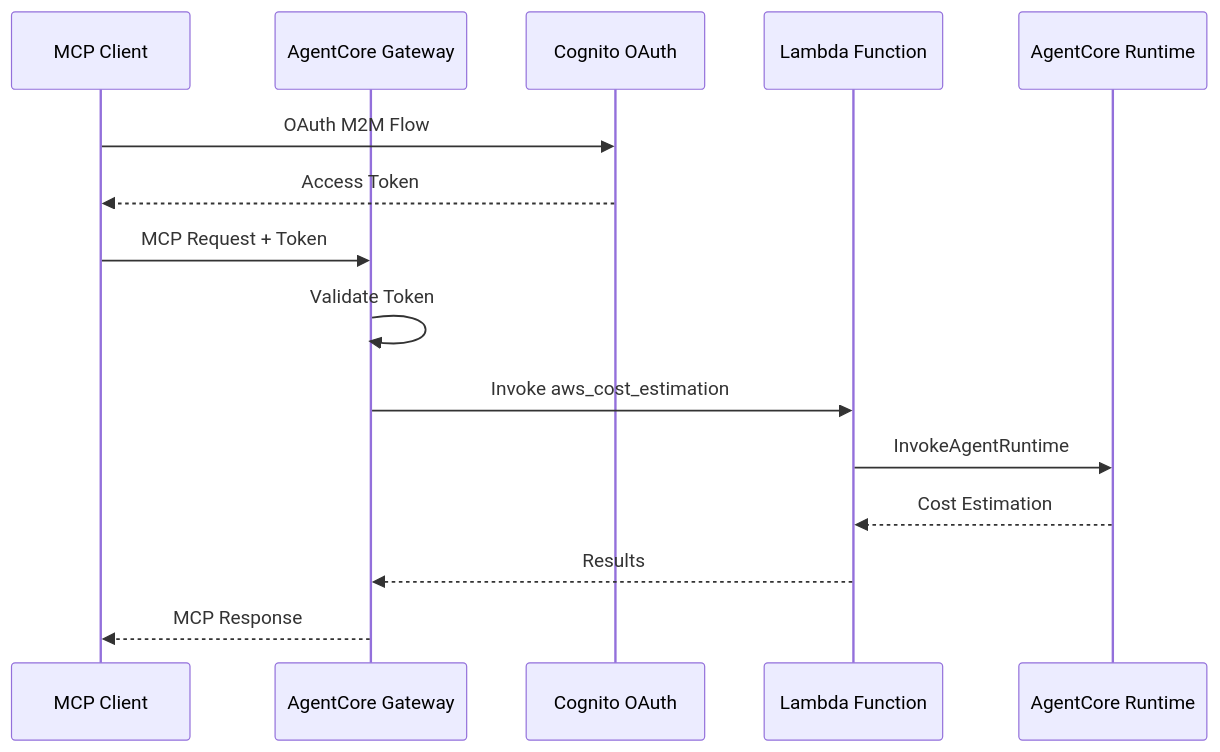
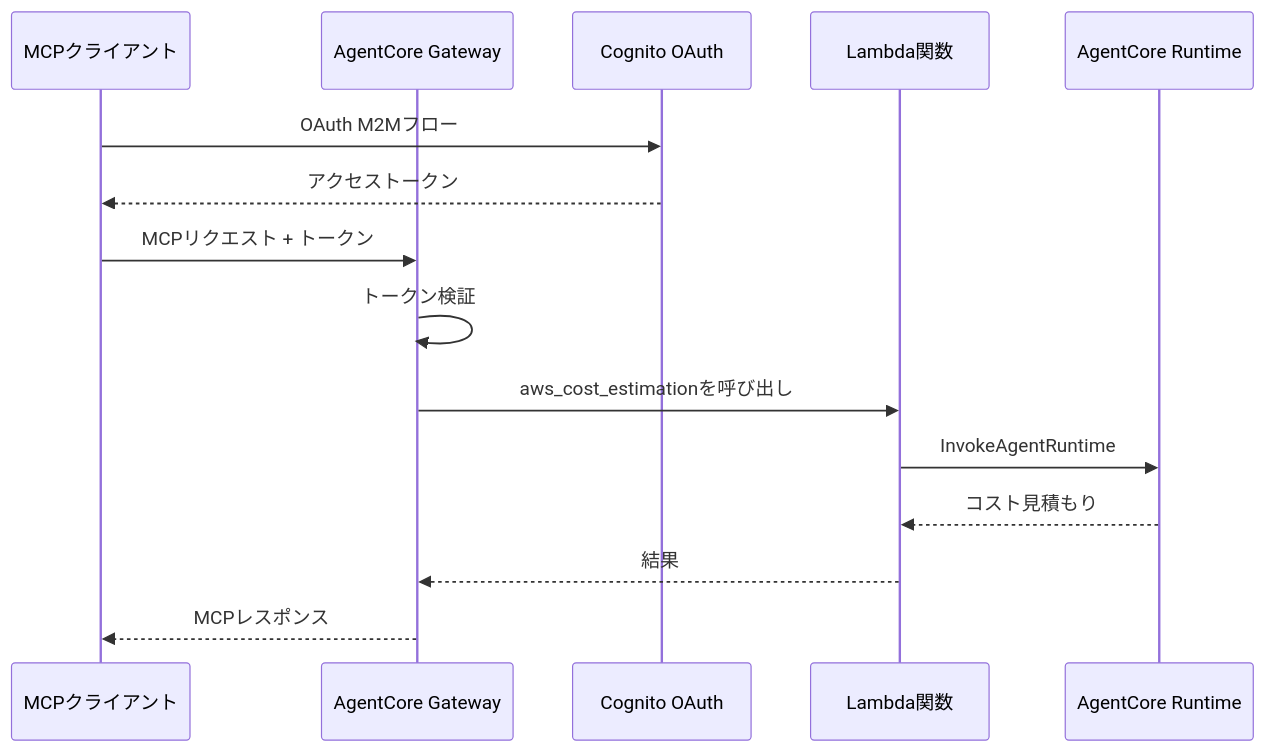
Before and after one commit to tetsuo-nobe/sample-amazon-bedrock-agentcore-jp: the diagram in 03_gateway/README.md, drawn with Mermaid. The commit also changed other lines of this file and 17 other files, not shown here.

````diff
--- a/03_gateway/README.md
+++ b/03_gateway/README.md
@@ -9,18 +9,18 @@
 ```mermaid
 sequenceDiagram
-    participant Client as MCP Client
+    participant Client as MCPクライアント
     participant Gateway as AgentCore Gateway
     participant Cognito as Cognito OAuth
-    participant Lambda as Lambda Function
+    participant Lambda as Lambda関数
     participant Runtime as AgentCore Runtime
 
-    Client->>Cognito: OAuth M2M Flow
-    Cognito-->>Client: Access Token
-    Client->>Gateway: MCP Request + Token
-    Gateway->>Gateway: Validate Token
-    Gateway->>Lambda: Invoke aws_cost_estimation
+    Client->>Cognito: OAuth M2Mフロー
+    Cognito-->>Client: アクセストークン
+    Client->>Gateway: MCPリクエスト + トークン
+    Gateway->>Gateway: トークン検証
+    Gateway->>Lambda: aws_cost_estimationを呼び出し
     Lambda->>Runtime: InvokeAgentRuntime
-    Runtime-->>Lambda: Cost Estimation
-    Lambda-->>Gateway: Results
-    Gateway-->>Client: MCP Response
+    Runtime-->>Lambda: コスト見積もり
+    Lambda-->>Gateway: 結果
+    Gateway-->>Client: MCPレスポンス
 ```
````
